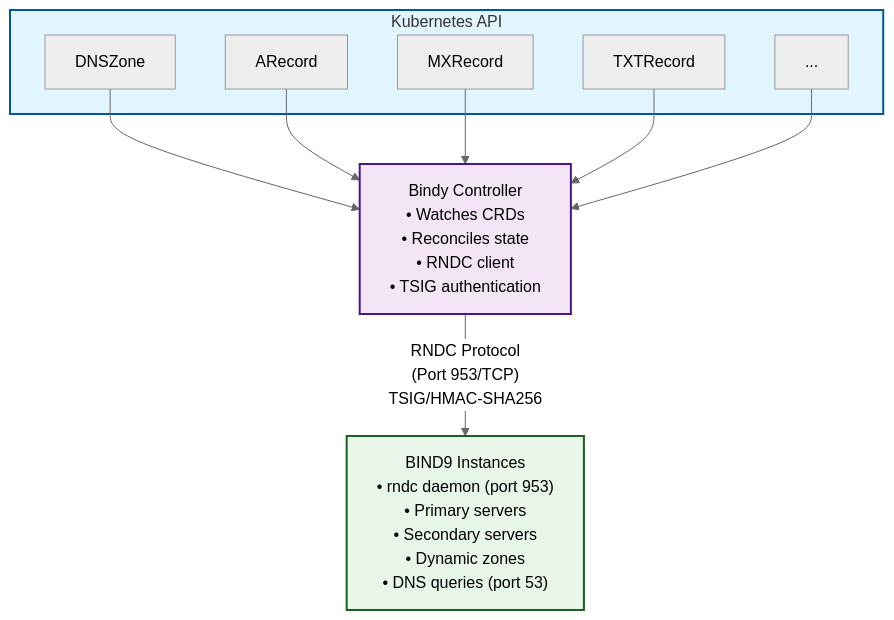
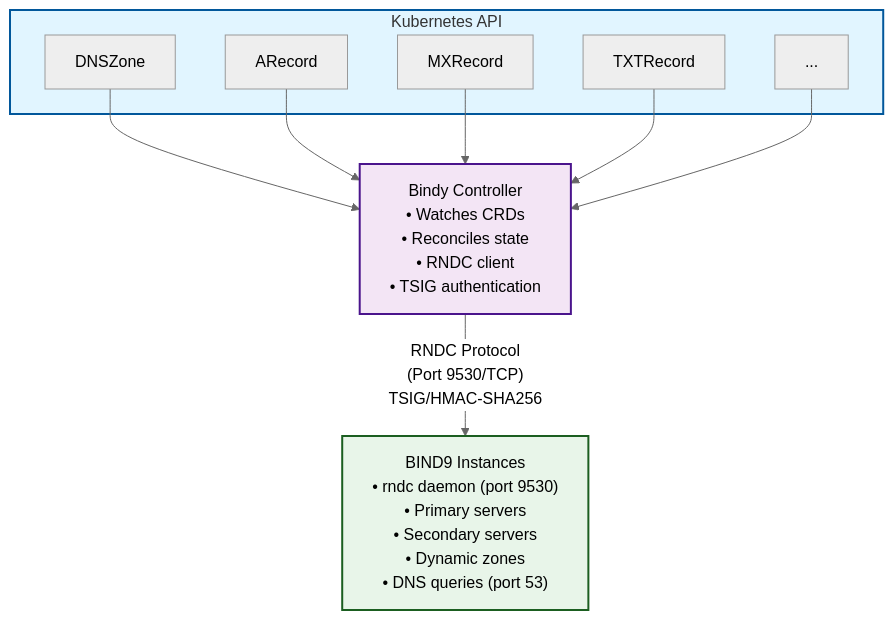
One commit to firestoned/bindy changed the first of 3 diagrams in docs/src/concepts/concepts.md. Above: the diagram before and after it, drawn with Mermaid (neutral theme). The commit also changed 29 other files, not shown here.

````diff
--- a/docs/src/concepts/concepts.md
+++ b/docs/src/concepts/concepts.md
@@ -39,26 +39,26 @@
 ```mermaid
 graph TB
     subgraph k8s["Kubernetes API"]
         zone["DNSZone"]
         arecord["ARecord"]
         mx["MXRecord"]
         txt["TXTRecord"]
         more["..."]
     end
 
     controller["Bindy Controller<br/>• Watches CRDs<br/>• Reconciles state<br/>• RNDC client<br/>• TSIG authentication"]
 
-    bind9["BIND9 Instances<br/>• rndc daemon (port 953)<br/>• Primary servers<br/>• Secondary servers<br/>• Dynamic zones<br/>• DNS queries (port 53)"]
+    bind9["BIND9 Instances<br/>• rndc daemon (port 9530)<br/>• Primary servers<br/>• Secondary servers<br/>• Dynamic zones<br/>• DNS queries (port 53)"]
 
     zone --> controller
     arecord --> controller
     mx --> controller
     txt --> controller
     more --> controller
 
-    controller -->|"RNDC Protocol<br/>(Port 953/TCP)<br/>TSIG/HMAC-SHA256"| bind9
+    controller -->|"RNDC Protocol<br/>(Port 9530/TCP)<br/>TSIG/HMAC-SHA256"| bind9
 
     style k8s fill:#e1f5ff,stroke:#01579b,stroke-width:2px
     style controller fill:#f3e5f5,stroke:#4a148c,stroke-width:2px
     style bind9 fill:#e8f5e9,stroke:#1b5e20,stroke-width:2px
 ```
````
